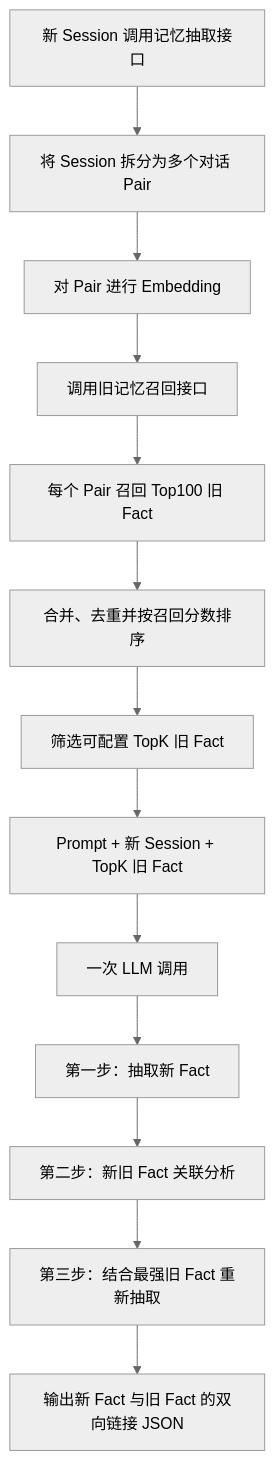
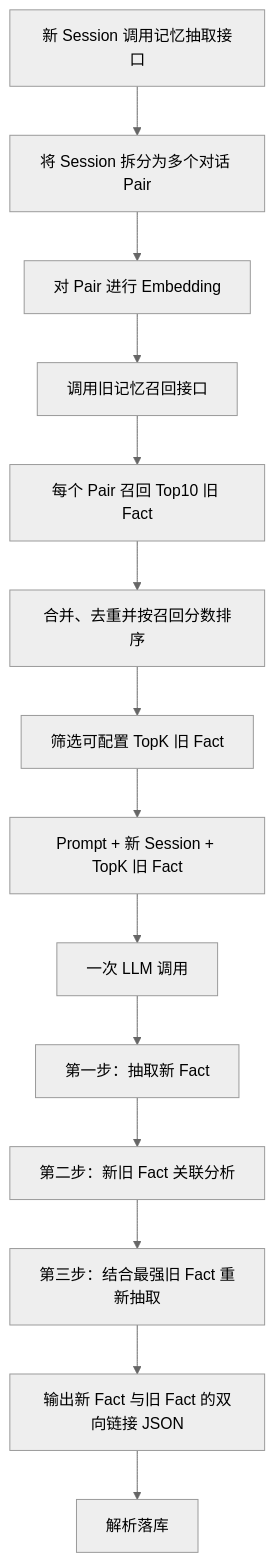
One commit to wait-stack/tech-insights changed the diagram in 单次LLM调用_双向单链接记忆方案_v2_2026-08.md. Above: the diagram before and after it, drawn with Mermaid (neutral theme). The commit also changed other lines of this file, not shown here.

Commit message:
Update memory extraction process and flowchart

````diff
--- a/单次LLM调用_双向单链接记忆方案_v2_2026-08.md
+++ b/单次LLM调用_双向单链接记忆方案_v2_2026-08.md
@@ -44,15 +43,16 @@
 ```mermaid
 flowchart TD
     A["新 Session 调用记忆抽取接口"] --> B["将 Session 拆分为多个对话 Pair"]
     B --> C["对 Pair 进行 Embedding"]
     C --> D["调用旧记忆召回接口"]
-    D --> E["每个 Pair 召回 Top100 旧 Fact"]
+    D --> E["每个 Pair 召回 Top10 旧 Fact"]
     E --> F["合并、去重并按召回分数排序"]
     F --> G["筛选可配置 TopK 旧 Fact"]
     G --> H["Prompt + 新 Session + TopK 旧 Fact"]
     H --> I["一次 LLM 调用"]
     I --> I1["第一步：抽取新 Fact"]
     I1 --> I2["第二步：新旧 Fact 关联分析"]
     I2 --> I3["第三步：结合最强旧 Fact 重新抽取"]
     I3 --> J["输出新 Fact 与旧 Fact 的双向链接 JSON"]
+    J --> K["解析落库"]
 ```
````
